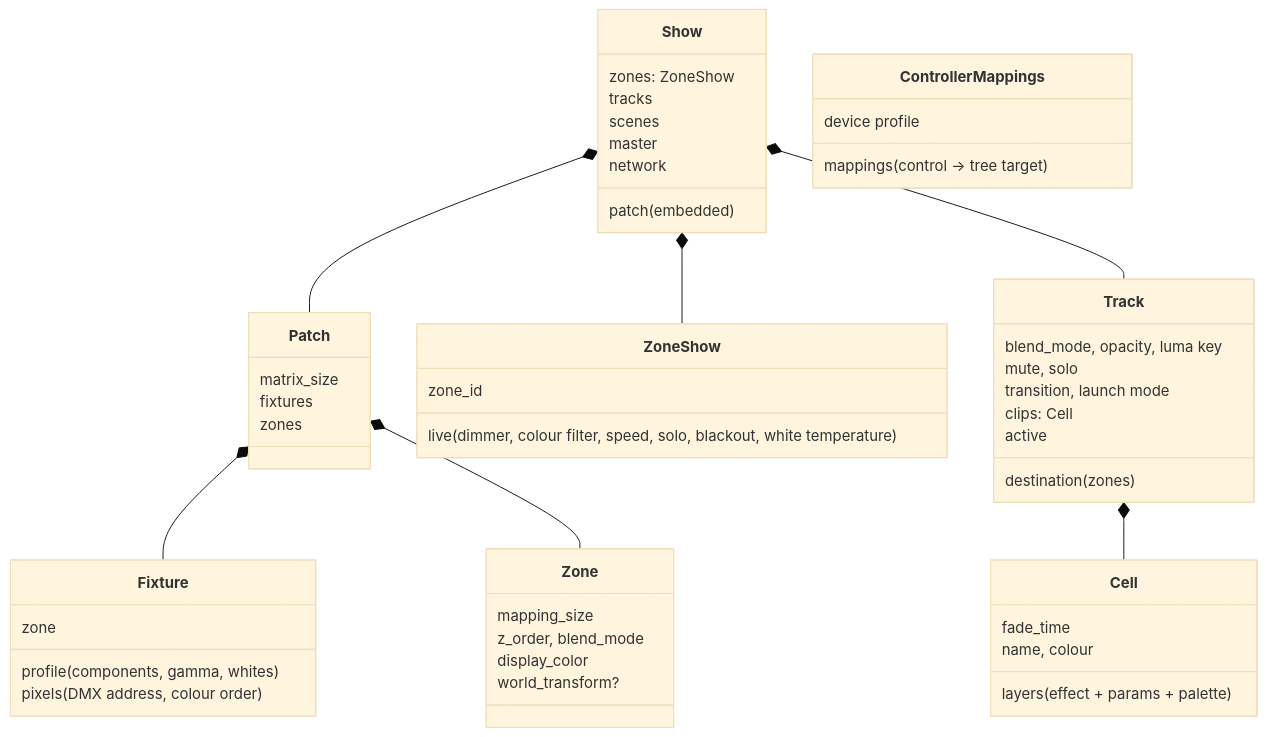
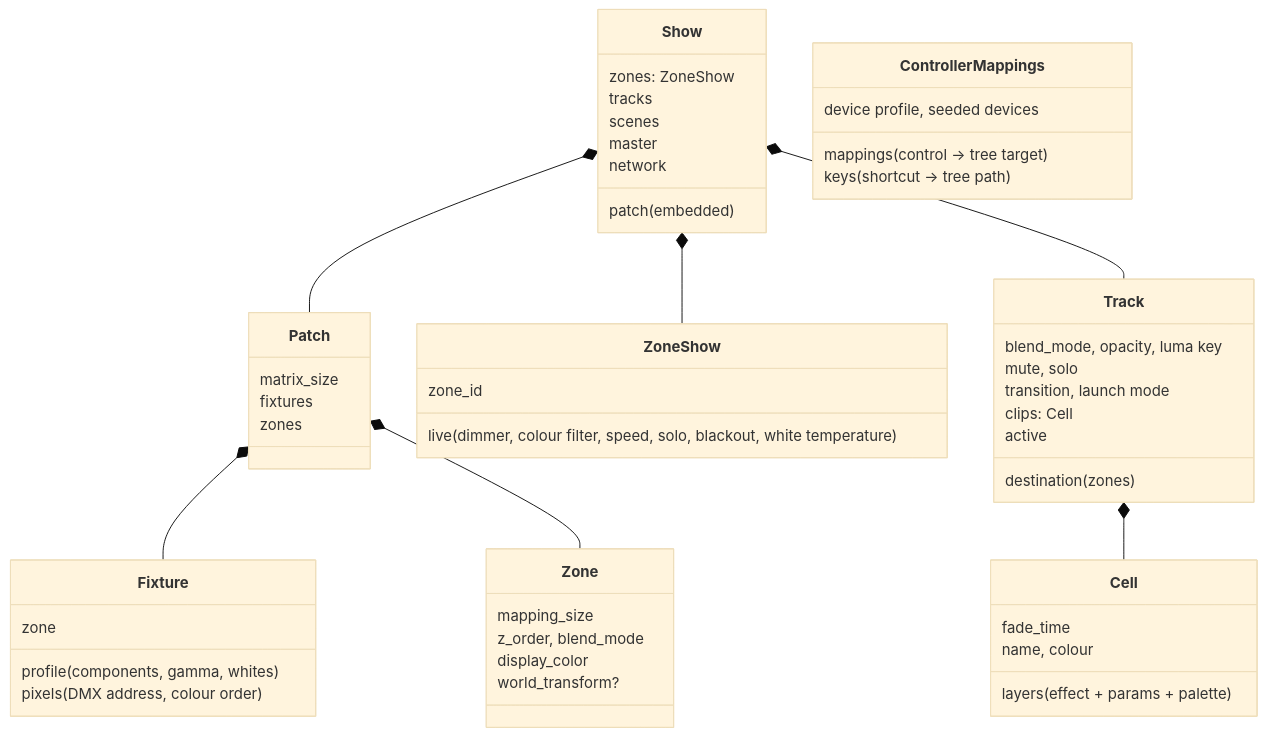
Before and after one commit to roccba/prisma-lighting: the second of 5 diagrams in ARCHITECTURE.md, drawn with Mermaid (base theme). The commit also changed other lines of this file and 30 other files, not shown here.

````diff
--- a/ARCHITECTURE.md
+++ b/ARCHITECTURE.md
@@ -65,54 +65,55 @@
 ```mermaid
 classDiagram
     class Patch {
         matrix_size
         fixtures
         zones
     }
     class Fixture {
         profile (components, gamma, whites)
         pixels (DMX address, colour order)
         zone
     }
     class Zone {
         mapping_size
         z_order, blend_mode
         display_color
         world_transform?
     }
     class Show {
         patch (embedded)
         zones: ZoneShow
         tracks
         scenes
         master
         network
     }
     class ZoneShow {
         zone_id
         live (dimmer, colour filter, speed, solo, blackout, white temperature)
     }
     class Track {
         destination (zones)
         blend_mode, opacity, luma key
         mute, solo
         transition, launch mode
         clips: Cell
         active
     }
     class Cell {
         layers (effect + params + palette)
         fade_time
         name, colour
     }
     class ControllerMappings {
         mappings (control → tree target)
-        device profile
+        keys (shortcut → tree path)
+        device profile, seeded devices
     }
     Patch *-- Fixture
     Patch *-- Zone
     Show *-- Patch
     Show *-- ZoneShow
     Show *-- Track
     Track *-- Cell
 ```
````
